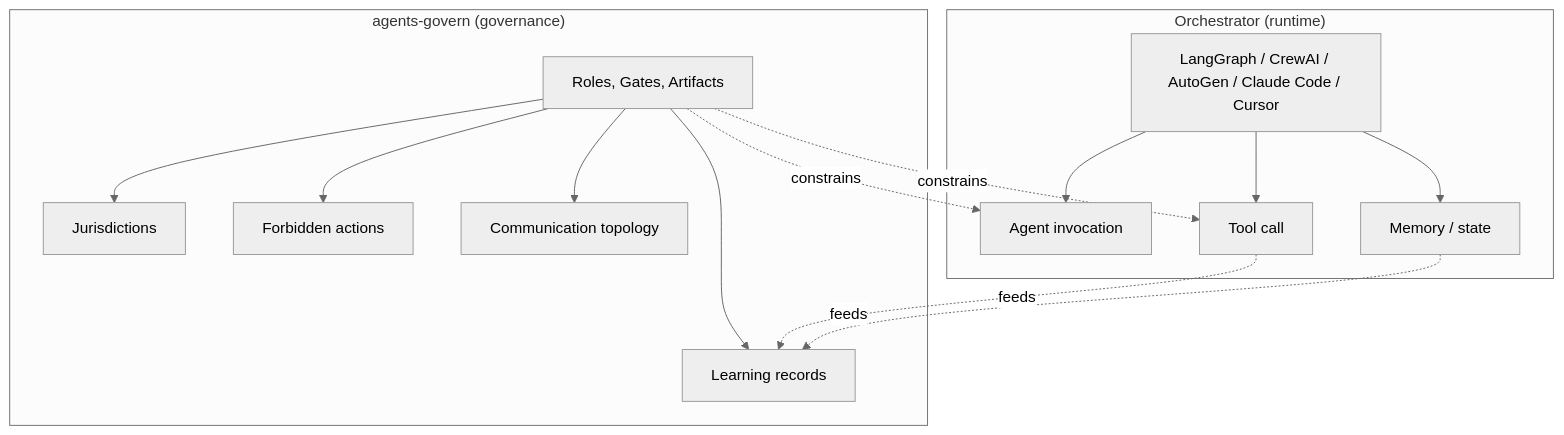
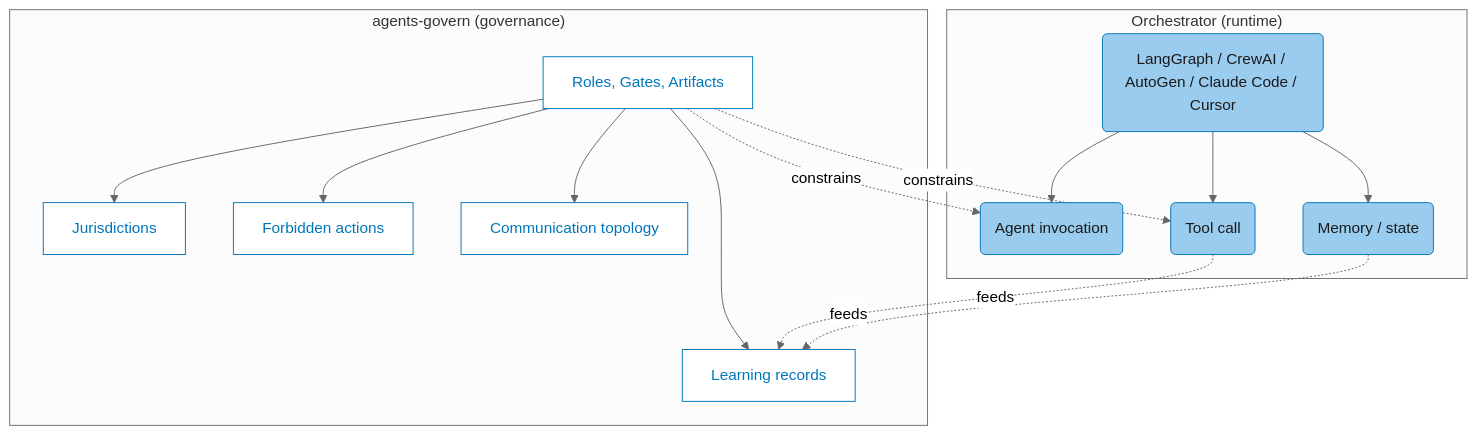
Before and after one commit to janipaijanen/agf-mirror: the first of 2 diagrams in agf/docs/site/docs/concepts/position.md, drawn with Mermaid (neutral theme). The commit also changed other lines of this file and 3 other files, not shown here.

Commit message:
feat: apply semantic responsibility palette to Class 4 Mermaid diagrams

````diff
--- a/agf/docs/site/docs/concepts/position.md
+++ b/agf/docs/site/docs/concepts/position.md
@@ -21,22 +21,28 @@
 ```mermaid
 flowchart TB
+    classDef aiAction fill:#99CCEE,stroke:#0077BB,color:#1A1A1A
+    classDef sharedConcept fill:#ffffff,stroke:#0077BB,color:#0077BB
+
     subgraph "Orchestrator (runtime)"
-        OR[LangGraph / CrewAI / AutoGen / Claude Code / Cursor]
-        OR --> A1[Agent invocation]
-        OR --> A2[Tool call]
-        OR --> A3[Memory / state]
+        OR(LangGraph / CrewAI / AutoGen / Claude Code / Cursor)
+        OR --> A1(Agent invocation)
+        OR --> A2(Tool call)
+        OR --> A3(Memory / state)
     end
 
     subgraph "agents-govern (governance)"
         AG[Roles, Gates, Artifacts]
         AG --> J1[Jurisdictions]
         AG --> J2[Forbidden actions]
         AG --> J3[Communication topology]
         AG --> J4[Learning records]
     end
 
     AG -.constrains.-> A1
     AG -.constrains.-> A2
     A2 -.feeds.-> J4
     A3 -.feeds.-> J4
+
+    class OR,A1,A2,A3 aiAction
+    class AG,J1,J2,J3,J4 sharedConcept
 ```
````
